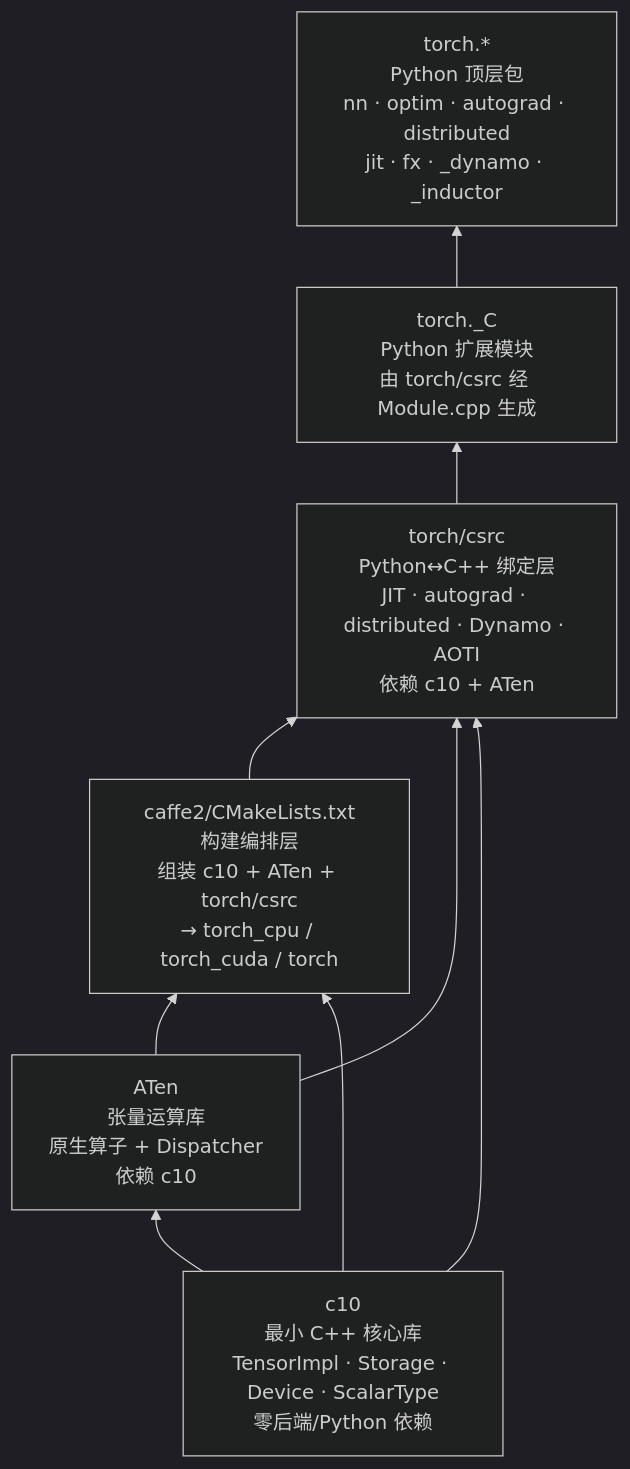
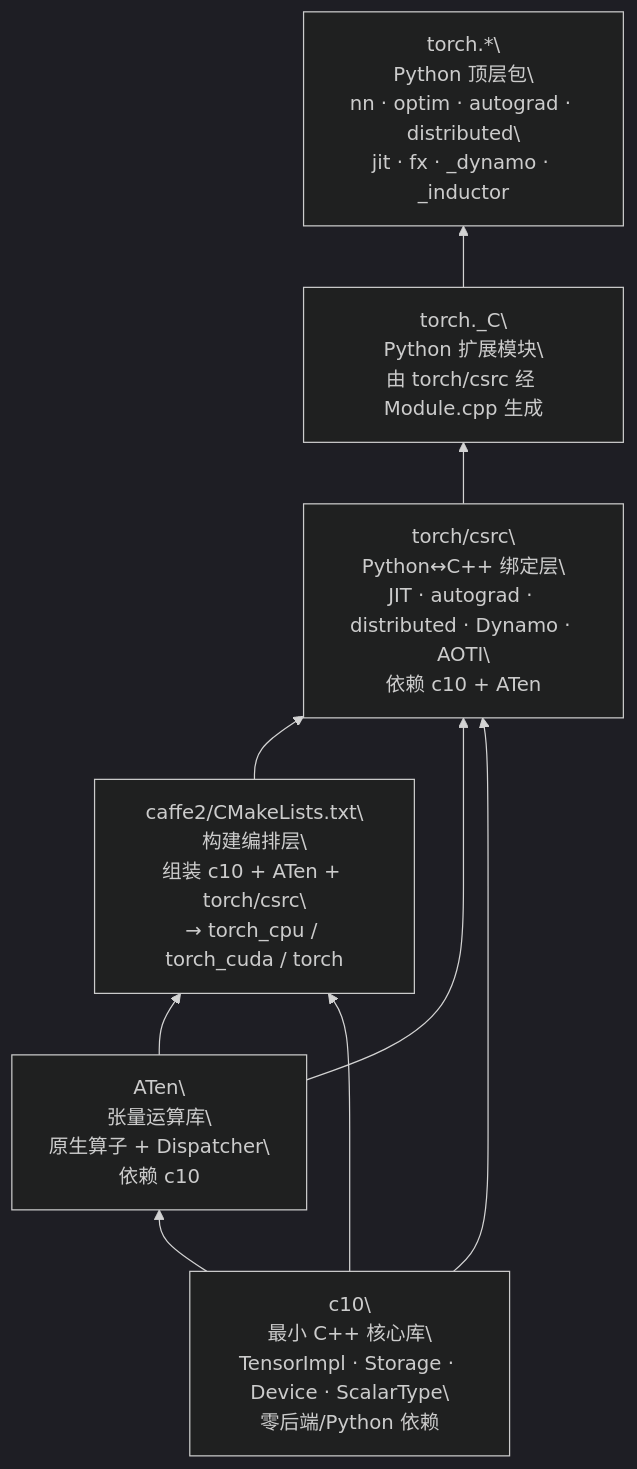
The diagram in docs/knowledge/pytorch/pytorch-dependencies.md (stevexiaofei/second-brain), drawn with Mermaid (dark theme) before and after one commit. The commit also changed 14 other files, not shown here.

First line of the commit message:
docs: bump mermaid font sizes and replace <br/> with real newlines

````diff
--- a/docs/knowledge/pytorch/pytorch-dependencies.md
+++ b/docs/knowledge/pytorch/pytorch-dependencies.md
@@ -28,18 +28,35 @@
 ```mermaid
 graph BT
-    c10["c10<br/>最小 C++ 核心库<br/>TensorImpl · Storage · Device · ScalarType<br/>零后端/Python 依赖"]
-    ATen["ATen<br/>张量运算库<br/>原生算子 + Dispatcher<br/>依赖 c10"]
-    caffe2["caffe2/CMakeLists.txt<br/>构建编排层<br/>组装 c10 + ATen + torch/csrc<br/>→ torch_cpu / torch_cuda / torch"]
-    csrc["torch/csrc<br/>Python↔C++ 绑定层<br/>JIT · autograd · distributed · Dynamo · AOTI<br/>依赖 c10 + ATen"]
-    C["torch._C<br/>Python 扩展模块<br/>由 torch/csrc 经 Module.cpp 生成"]
-    torch["torch.*<br/>Python 顶层包<br/>nn · optim · autograd · distributed<br/>jit · fx · _dynamo · _inductor"]
+    c10["c10\
+最小 C++ 核心库\
+TensorImpl · Storage · Device · ScalarType\
+零后端/Python 依赖"]
+    ATen["ATen\
+张量运算库\
+原生算子 + Dispatcher\
+依赖 c10"]
+    caffe2["caffe2/CMakeLists.txt\
+构建编排层\
+组装 c10 + ATen + torch/csrc\
+→ torch_cpu / torch_cuda / torch"]
+    csrc["torch/csrc\
+Python↔C++ 绑定层\
+JIT · autograd · distributed · Dynamo · AOTI\
+依赖 c10 + ATen"]
+    C["torch._C\
+Python 扩展模块\
+由 torch/csrc 经 Module.cpp 生成"]
+    torch["torch.*\
+Python 顶层包\
+nn · optim · autograd · distributed\
+jit · fx · _dynamo · _inductor"]
 
     c10 --> ATen
     ATen --> caffe2
     c10 --> caffe2
     caffe2 --> csrc
     ATen --> csrc
     c10 --> csrc
     csrc --> C
     C --> torch
 ```
````
